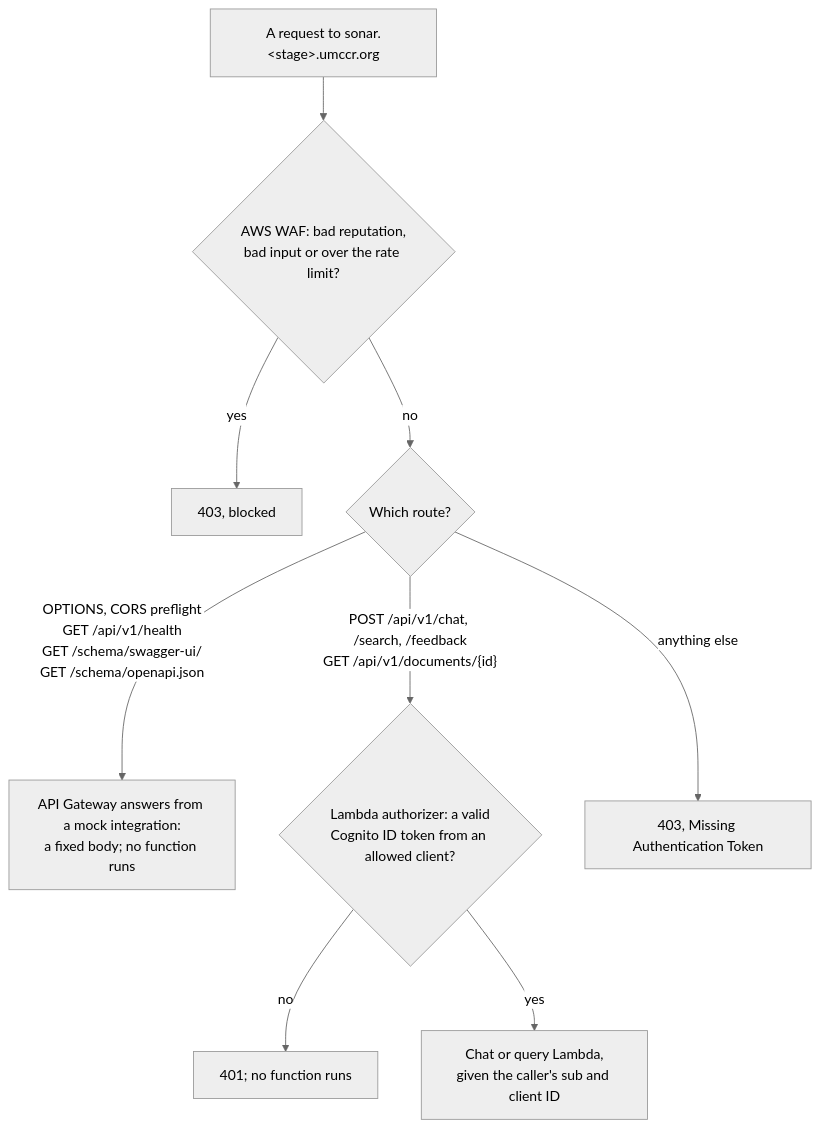
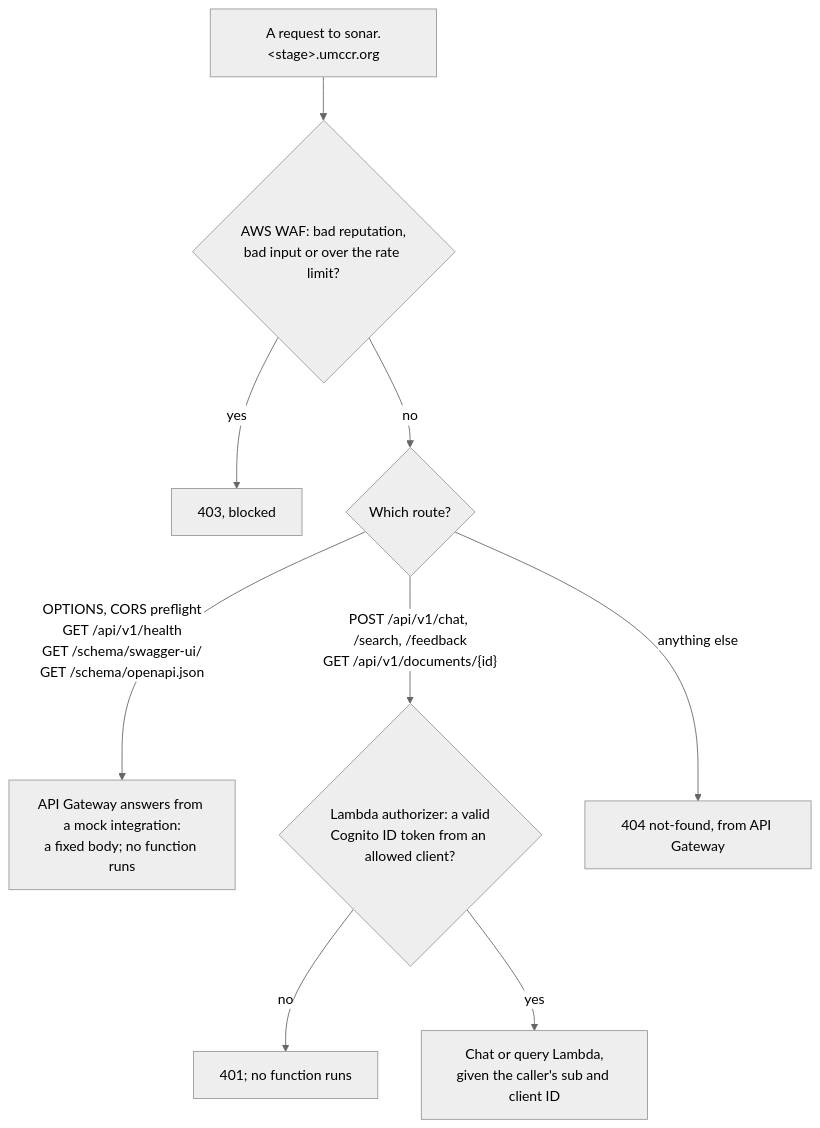
The second of 7 diagrams in docs/design.md (umccr/orcasonar), drawn with Mermaid (neutral theme) before and after one commit. The commit also changed other lines of this file and 29 other files, not shown here.

````diff
--- a/docs/design.md
+++ b/docs/design.md
@@ -112,11 +112,11 @@
 ```mermaid
 flowchart TD
     request["A request to sonar.#lt;stage#gt;.umccr.org"] --> waf{"AWS WAF: bad reputation,<br/>bad input or over the rate limit?"}
     waf -- yes --> blocked["403, blocked"]
     waf -- no --> route{"Which route?"}
     route -- "OPTIONS, CORS preflight<br/>GET /api/v1/health<br/>GET /schema/swagger-ui/<br/>GET /schema/openapi.json" --> mock["API Gateway answers from a mock integration:<br/>a fixed body; no function runs"]
     route -- "POST /api/v1/chat, /search, /feedback<br/>GET /api/v1/documents/{id}" --> authz{"Lambda authorizer: a valid<br/>Cognito ID token from an allowed client?"}
     authz -- no --> denied["401; no function runs"]
     authz -- yes --> fn["Chat or query Lambda,<br/>given the caller's sub and client ID"]
-    route -- "anything else" --> missing["403, Missing Authentication Token"]
+    route -- "anything else" --> missing["404 not-found, from API Gateway"]
 ```
````
